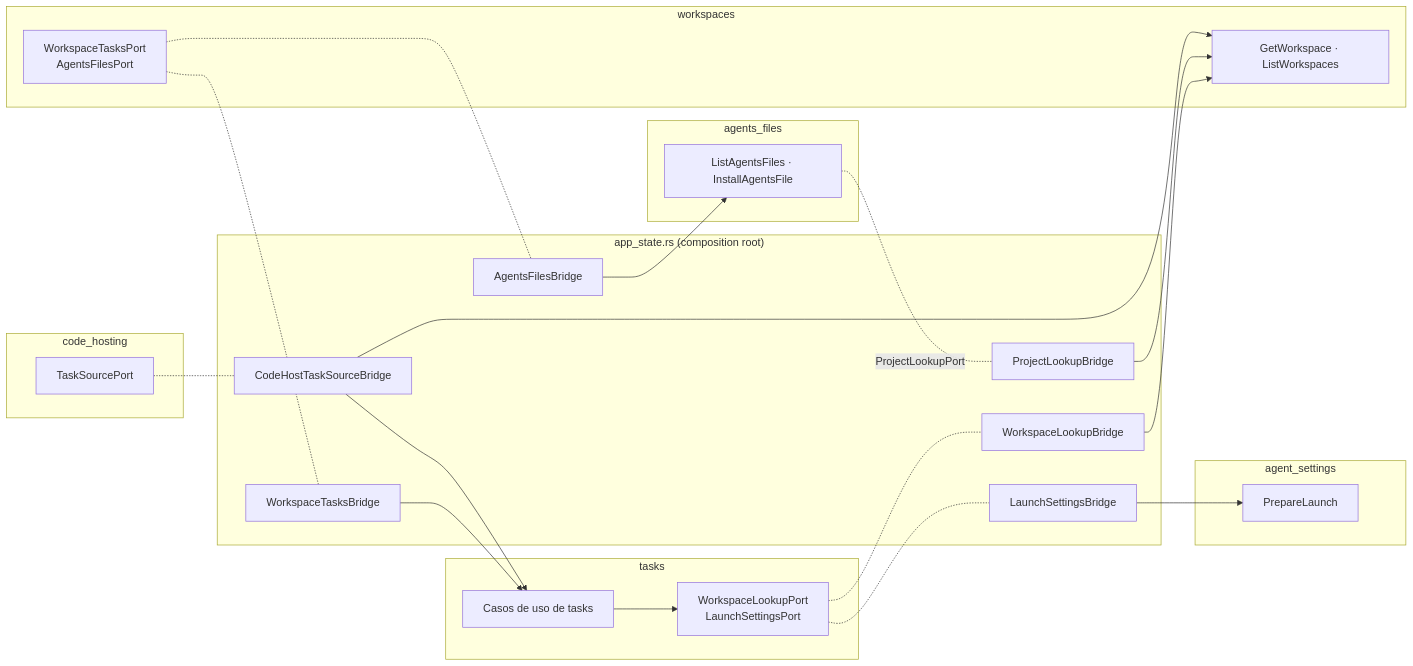
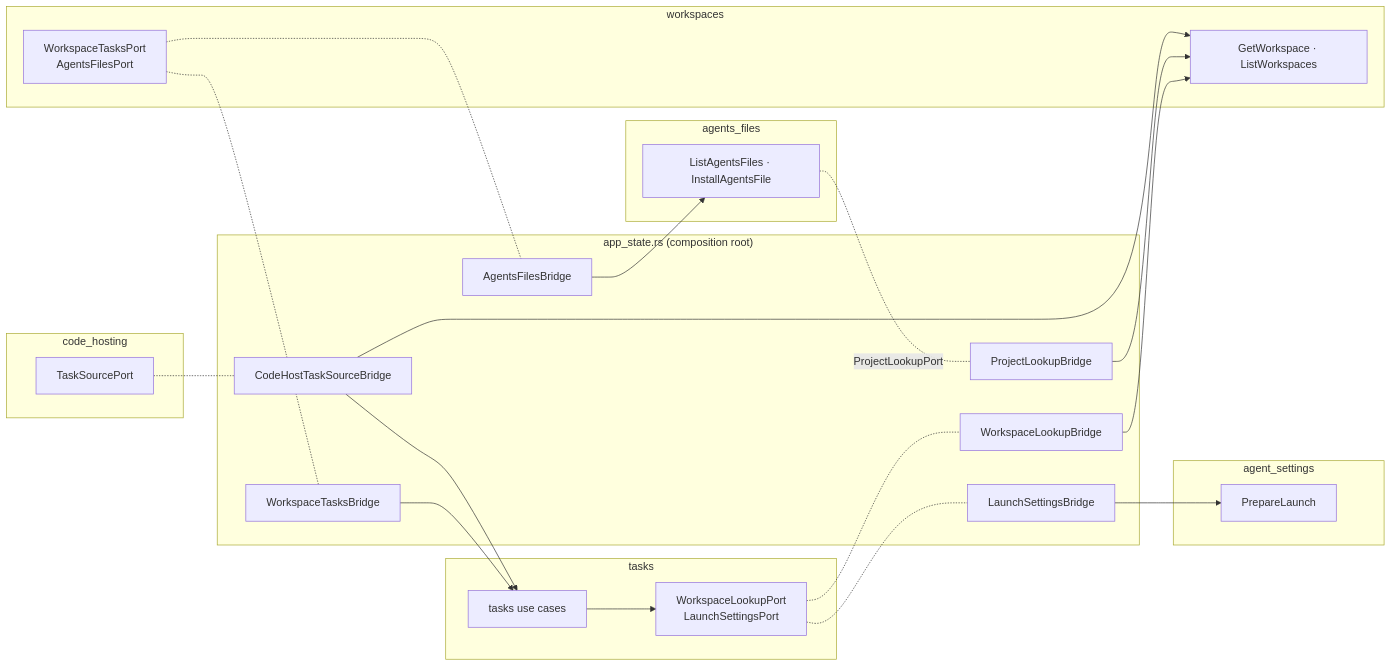
Before and after one commit to plopezm/iworkflow: the sixth of 12 diagrams in ARCHITECTURE.md, drawn with Mermaid. The commit also changed other lines of this file and 5 other files, not shown here.

````diff
--- a/ARCHITECTURE.md
+++ b/ARCHITECTURE.md
@@ -356,34 +360,34 @@
 ```mermaid
 flowchart LR
     subgraph tasks
-        TUC[Casos de uso de tasks] --> WLP["WorkspaceLookupPort<br/>LaunchSettingsPort"]
+        TUC[tasks use cases] --> WLP["WorkspaceLookupPort<br/>LaunchSettingsPort"]
     end
     subgraph workspaces
         WUC[GetWorkspace · ListWorkspaces]
         WTP["WorkspaceTasksPort<br/>AgentsFilesPort"]
     end
     subgraph agent_settings
         PL[PrepareLaunch]
     end
     subgraph agents_files
         AF[ListAgentsFiles · InstallAgentsFile]
     end
     subgraph code_hosting
         GL["TaskSourcePort"]
     end
     subgraph "app_state.rs (composition root)"
         B1[WorkspaceLookupBridge]
         B2[LaunchSettingsBridge]
         B3[WorkspaceTasksBridge]
         B4[AgentsFilesBridge]
         B5[ProjectLookupBridge]
         B6[CodeHostTaskSourceBridge]
     end
     WLP -.- B1 --> WUC
     WLP -.- B2 --> PL
     WTP -.- B3 --> TUC
     WTP -.- B4 --> AF
     AF -. ProjectLookupPort .- B5 --> WUC
     GL -.- B6 --> TUC
     B6 --> WUC
 ```
````
